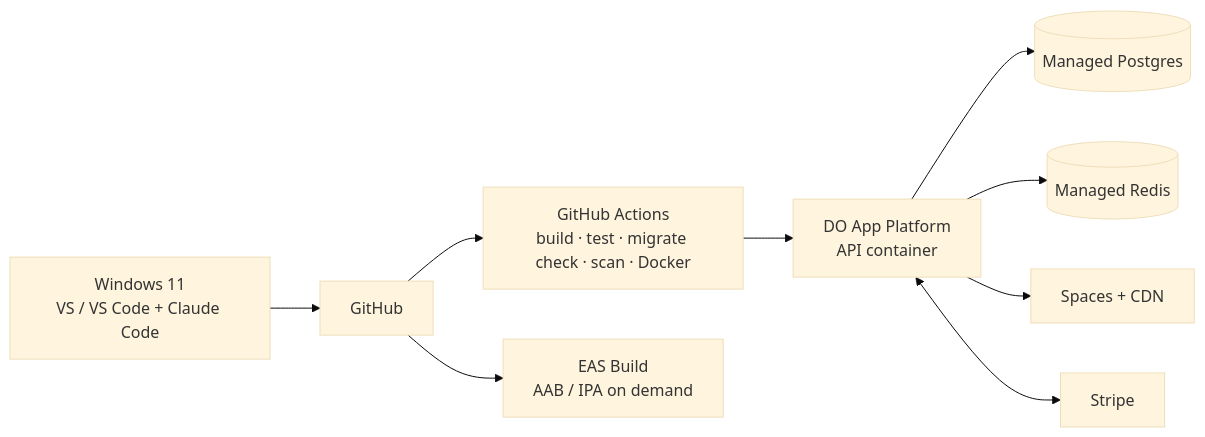
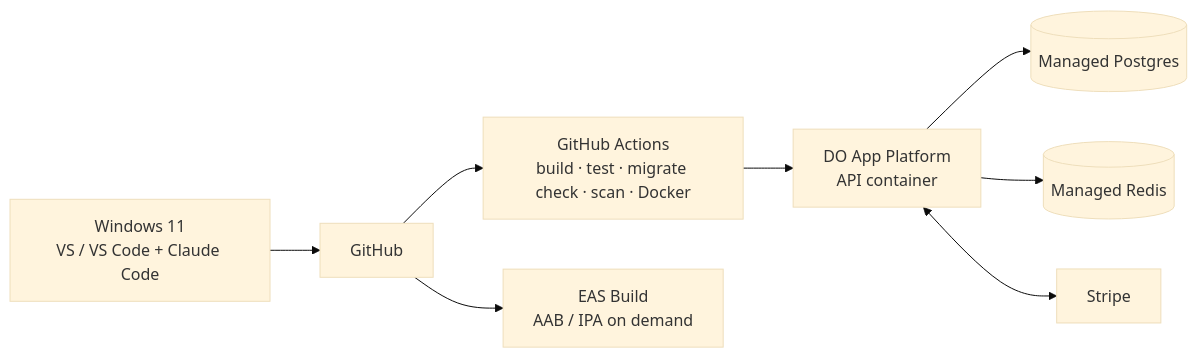
One commit to robmars123/Ecommerce changed the diagram in docs/architecture/10-cross-cutting.md. Above: the diagram before and after it, drawn with Mermaid (base theme). The commit also changed other lines of this file and 75 other files, not shown here.

````diff
--- a/docs/architecture/10-cross-cutting.md
+++ b/docs/architecture/10-cross-cutting.md
@@ -46,11 +46,10 @@
 ```mermaid
 flowchart LR
     Dev[Windows 11<br/>VS / VS Code + Claude Code] --> GH[GitHub]
     GH --> CI[GitHub Actions<br/>build · test · migrate check · scan · Docker]
     CI --> DO[DO App Platform<br/>API container]
     GH --> EAS[EAS Build<br/>AAB / IPA on demand]
     DO --> PG[(Managed Postgres)]
     DO --> RD[(Managed Redis)]
-    DO --> SP[Spaces + CDN]
     DO <--> ST[Stripe]
 ```
````
